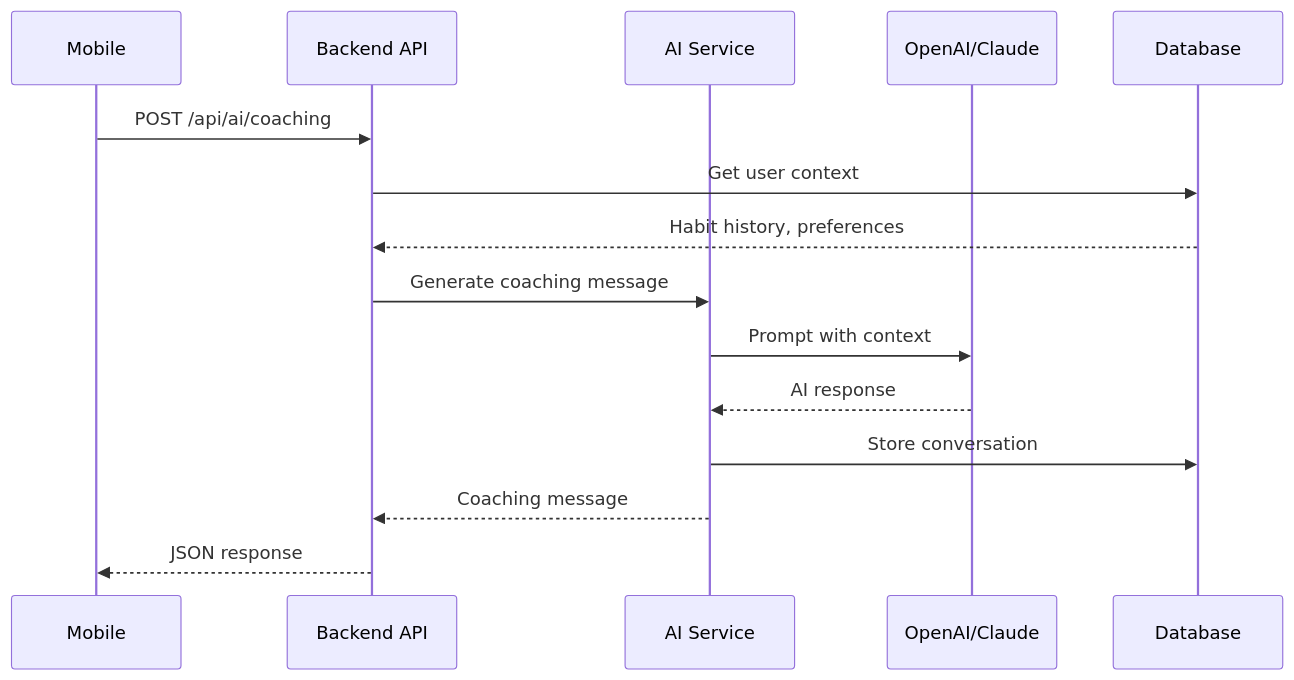
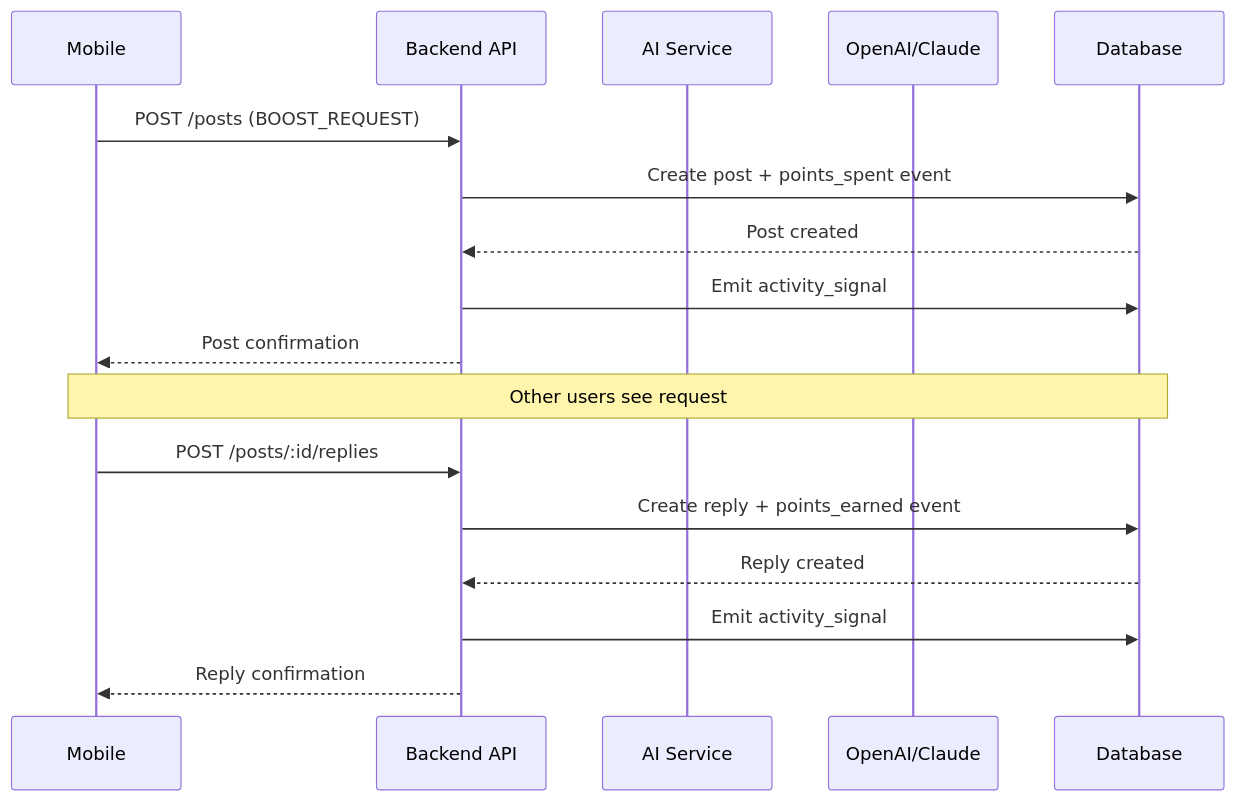
One commit to pedro-cal/better-you changed the fourth of 4 diagrams in docs/ARCHITECTURE.md. Above: the diagram before and after it, drawn with Mermaid. The commit also changed other lines of this file and 9 other files, not shown here.

````diff
--- a/docs/ARCHITECTURE.md
+++ b/docs/ARCHITECTURE.md
@@ -248,18 +376,22 @@
 ```mermaid
 sequenceDiagram
     participant Mobile
     participant API as Backend API
     participant AI as AI Service
     participant LLM as OpenAI/Claude
     participant DB as Database
     
-    Mobile->>API: POST /api/ai/coaching
-    API->>DB: Get user context
-    DB-->>API: Habit history, preferences
-    API->>AI: Generate coaching message
-    AI->>LLM: Prompt with context
-    LLM-->>AI: AI response
-    AI->>DB: Store conversation
-    AI-->>API: Coaching message
-    API-->>Mobile: JSON response
+    Mobile->>API: POST /posts (BOOST_REQUEST)
+    API->>DB: Create post + points_spent event
+    DB-->>API: Post created
+    API->>DB: Emit activity_signal
+    API-->>Mobile: Post confirmation
+    
+    Note over Mobile,DB: Other users see request
+    
+    Mobile->>API: POST /posts/:id/replies
+    API->>DB: Create reply + points_earned event
+    DB-->>API: Reply created
+    API->>DB: Emit activity_signal
+    API-->>Mobile: Reply confirmation
 ```
````
